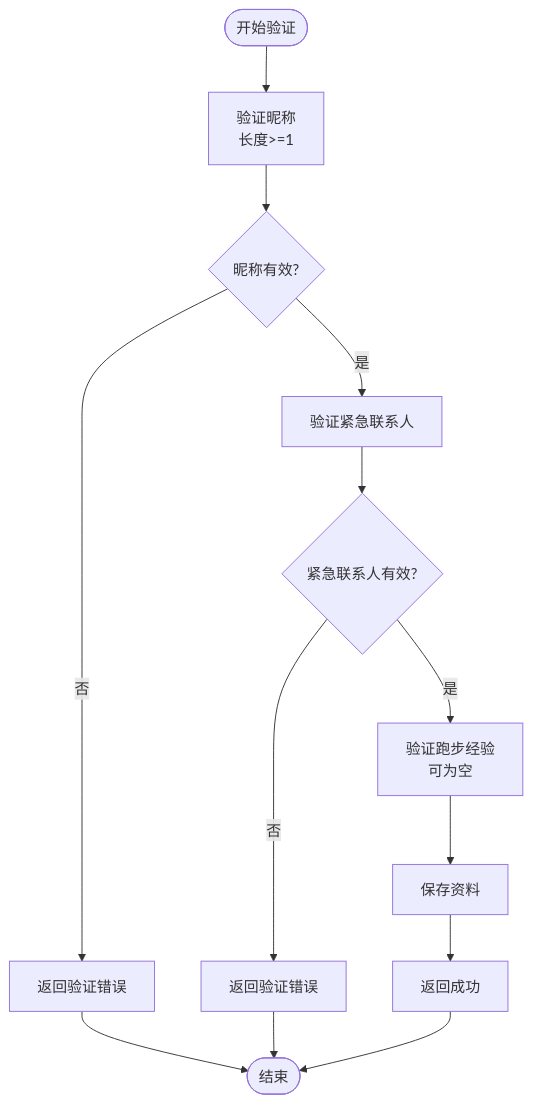
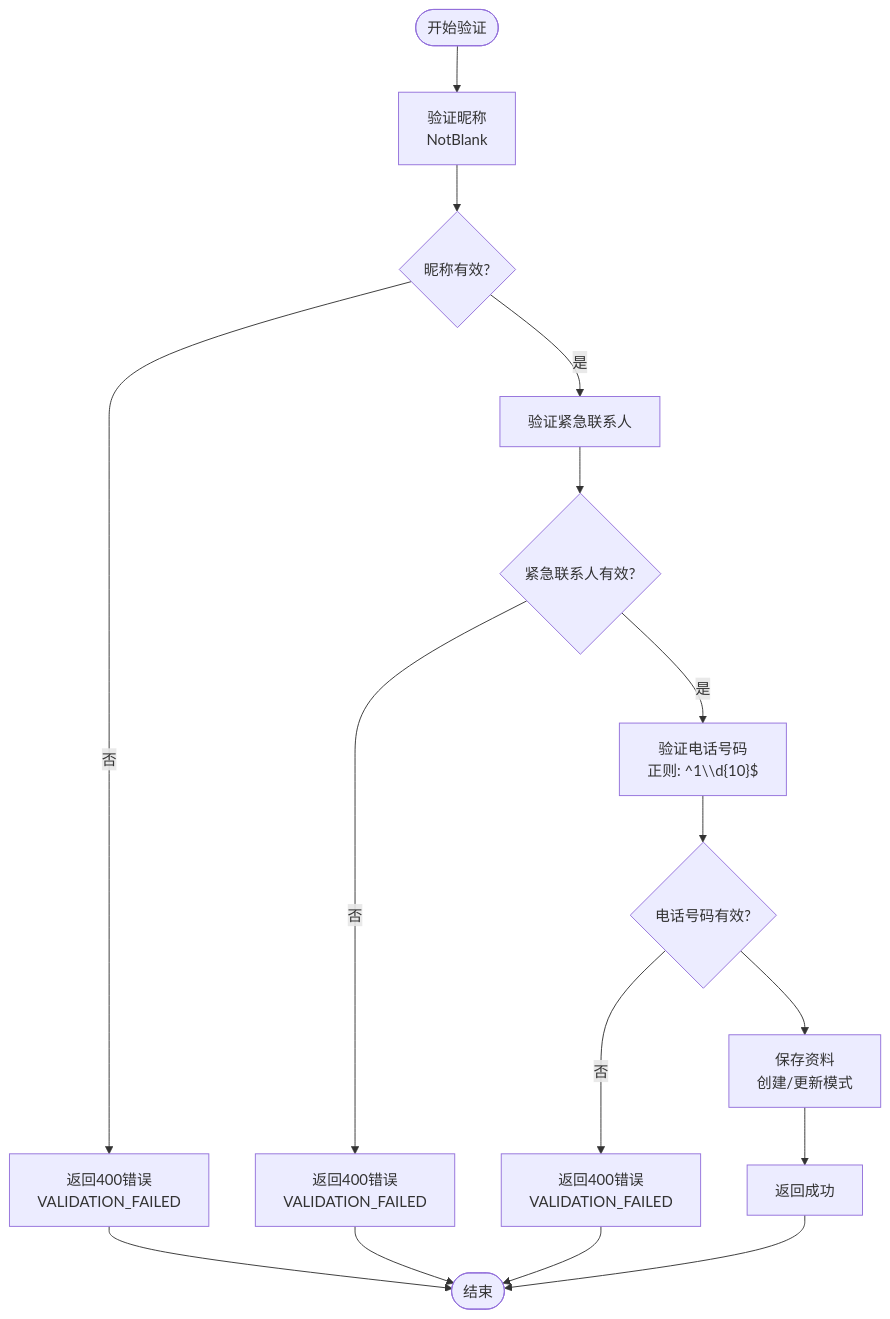
Before and after one commit to Jayden23018/blind-run-ios: the seventh of 8 diagrams in .qoder/repowiki/zh/content/API 接口文档/用户资料接口.md, drawn with Mermaid. The commit also changed other lines of this file and 13 other files, not shown here.

Commit message:
Fix volunteer profile flow and acceptance guards

````diff
--- a/.qoder/repowiki/zh/content/API 接口文档/用户资料接口.md
+++ b/.qoder/repowiki/zh/content/API 接口文档/用户资料接口.md
@@ -373,15 +430,18 @@
 ```mermaid
 flowchart TD
-Start([开始验证]) --> ValidateNick["验证昵称<br/>长度>=1"]
+Start([开始验证]) --> ValidateNick["验证昵称<br/>NotBlank"]
 ValidateNick --> NickValid{"昵称有效?"}
-NickValid --> |否| ErrorNick["返回验证错误"]
+NickValid --> |否| ErrorNick["返回400错误<br/>VALIDATION_FAILED"]
 NickValid --> |是| ValidateEmergency["验证紧急联系人"]
 ValidateEmergency --> EmergencyValid{"紧急联系人有效?"}
-EmergencyValid --> |否| ErrorEmergency["返回验证错误"]
-EmergencyValid --> |是| ValidateExperience["验证跑步经验<br/>可为空"]
-ValidateExperience --> SaveProfile["保存资料"]
+EmergencyValid --> |否| ErrorEmergency["返回400错误<br/>VALIDATION_FAILED"]
+EmergencyValid --> |是| ValidatePhone["验证电话号码<br/>正则: ^1\\d{10}$"]
+ValidatePhone --> PhoneValid{"电话号码有效?"}
+PhoneValid --> |否| ErrorPhone["返回400错误<br/>VALIDATION_FAILED"]
+PhoneValid --> SaveProfile["保存资料<br/>创建/更新模式"]
 SaveProfile --> ReturnSuccess["返回成功"]
 ErrorNick --> End([结束])
 ErrorEmergency --> End
+ErrorPhone --> End
 ReturnSuccess --> End
 ```
````
